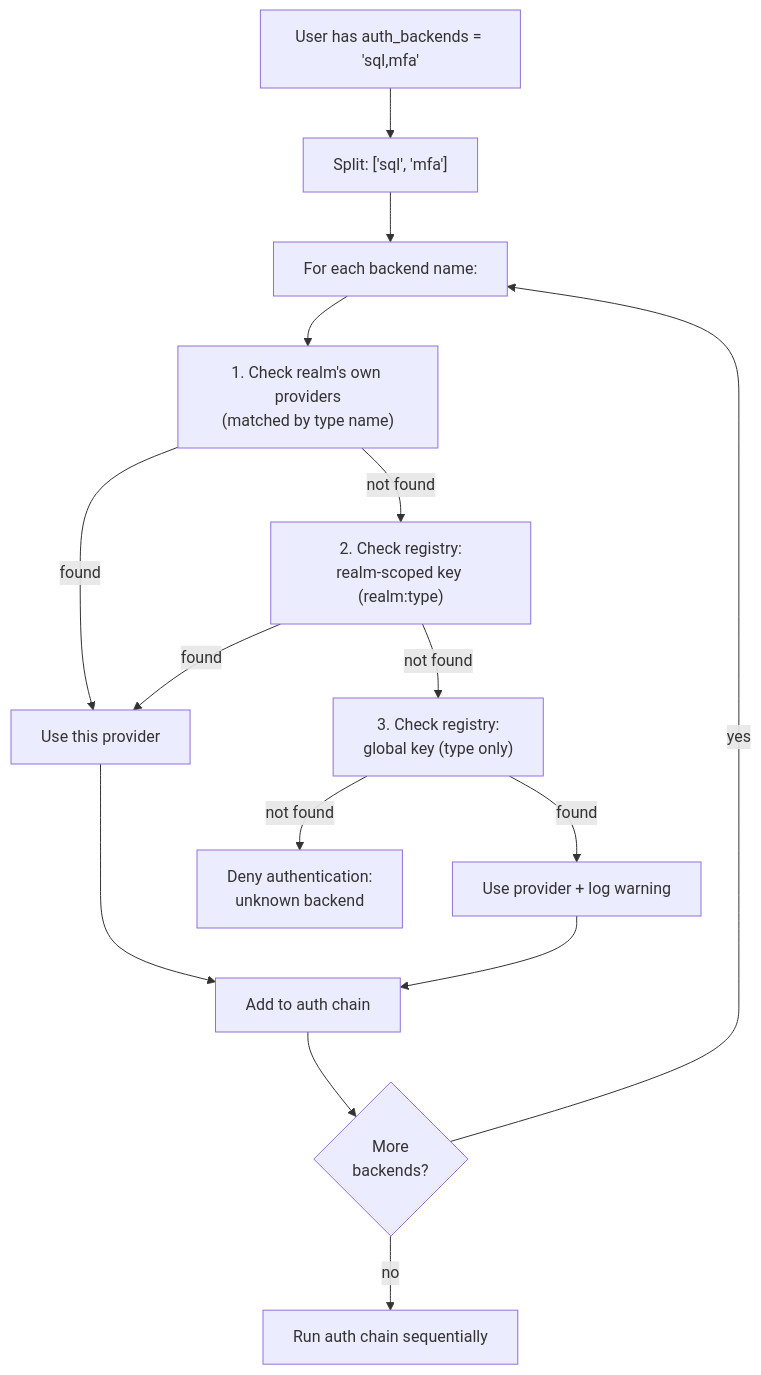
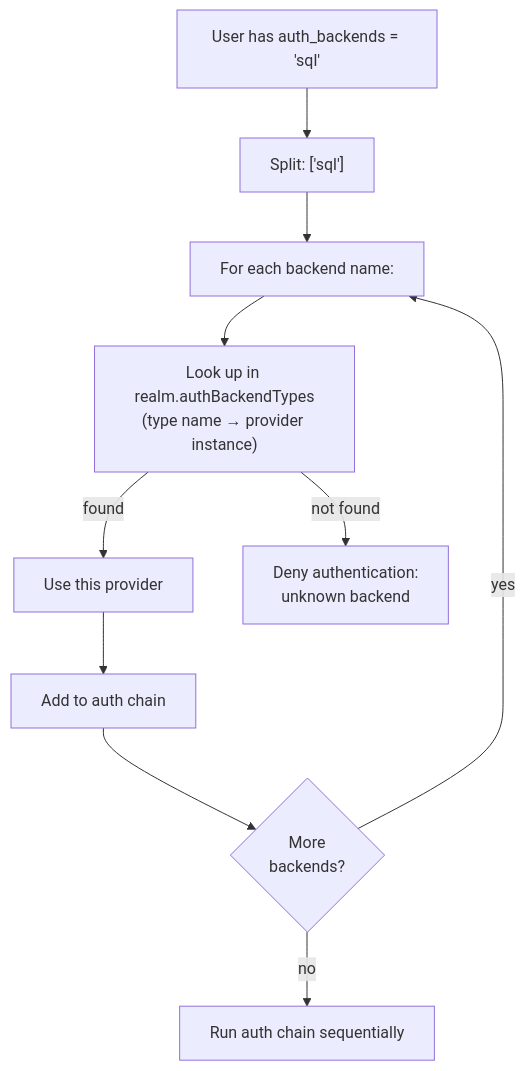
One commit to mieweb/LDAPServer changed the fourth of 4 diagrams in docs/MULTI-REALM-ARCHITECTURE.md. Above: the diagram before and after it, drawn with Mermaid. The commit also changed other lines of this file and 7 other files, not shown here.

````diff
--- a/docs/MULTI-REALM-ARCHITECTURE.md
+++ b/docs/MULTI-REALM-ARCHITECTURE.md
@@ -326,23 +274,14 @@
 ```mermaid
 flowchart TD
-    START["User has auth_backends = 'sql,mfa'"] --> PARSE["Split: ['sql', 'mfa']"]
+    START["User has auth_backends = 'sql'"] --> PARSE["Split: ['sql']"]
     PARSE --> LOOP["For each backend name:"]
     
-    LOOP --> STEP1["1. Check realm's own providers\n(matched by type name)"]
+    LOOP --> STEP1["Look up in realm.authBackendTypes\n(type name → provider instance)"]
     STEP1 -->|"found"| USE["Use this provider"]
-    STEP1 -->|"not found"| STEP2
-    
-    STEP2["2. Check registry:\nrealm-scoped key (realm:type)"]
-    STEP2 -->|"found"| USE
-    STEP2 -->|"not found"| STEP3
-    
-    STEP3["3. Check registry:\nglobal key (type only)"]
-    STEP3 -->|"found"| WARN["Use provider + log warning"]
-    STEP3 -->|"not found"| FAIL["Deny authentication:\nunknown backend"]
+    STEP1 -->|"not found"| FAIL["Deny authentication:\nunknown backend"]
     
     USE --> CHAIN["Add to auth chain"]
-    WARN --> CHAIN
     CHAIN --> NEXT{"More\nbackends?"}
     NEXT -->|"yes"| LOOP
     NEXT -->|"no"| AUTH["Run auth chain sequentially"]
 ```
````
